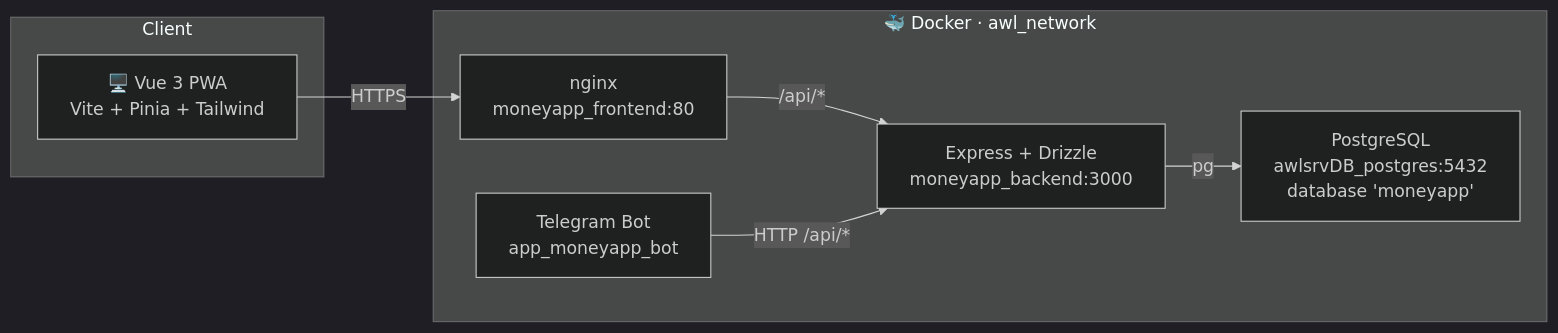
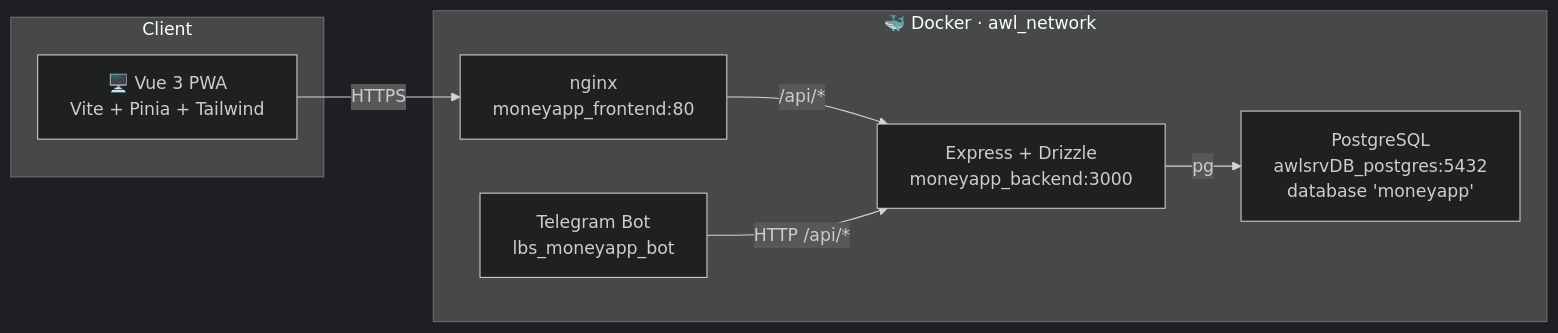
Before and after one commit to moablive/MoneyAPP: the first of 2 diagrams in README.md, drawn with Mermaid (dark theme). The commit also changed other lines of this file and 20 other files, not shown here.

Commit message:
feat: implement magic link setup-password flow and update README

````diff
--- a/README.md
+++ b/README.md
@@ -182,19 +182,19 @@
 ```mermaid
 flowchart LR
   subgraph Client
     PWA["🖥️ Vue 3 PWA<br/>Vite + Pinia + Tailwind"]
   end
 
 
   subgraph awl_network["🐳 Docker · awl_network"]
     NGINX["nginx<br/>moneyapp_frontend:80"]
     API["Express + Drizzle<br/>moneyapp_backend:3000"]
-    BOT["Telegram Bot<br/>app_moneyapp_bot"]
+    BOT["Telegram Bot<br/>lbs_moneyapp_bot"]
     PG["PostgreSQL<br/>awlsrvDB_postgres:5432<br/>database 'moneyapp'"]
   end
 
   PWA -- "HTTPS" --> NGINX
   NGINX -- "/api/*" --> API
   API -- "pg" --> PG
   BOT -- "HTTP /api/*" --> API
 ```
````
